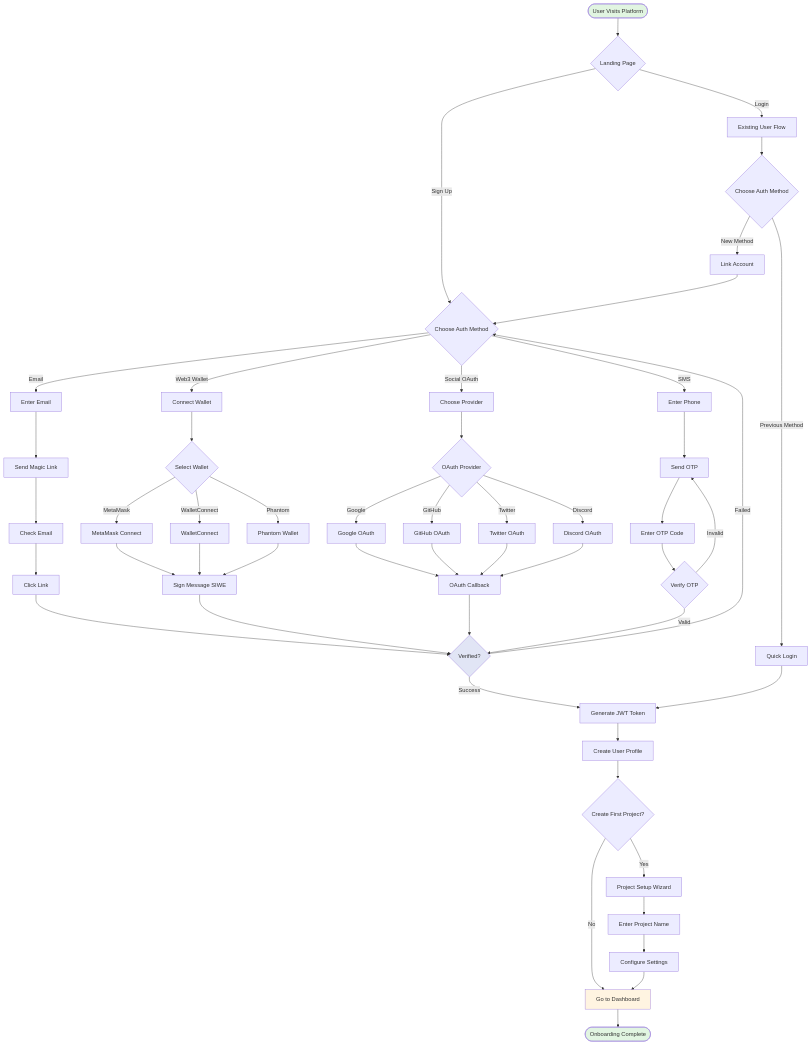
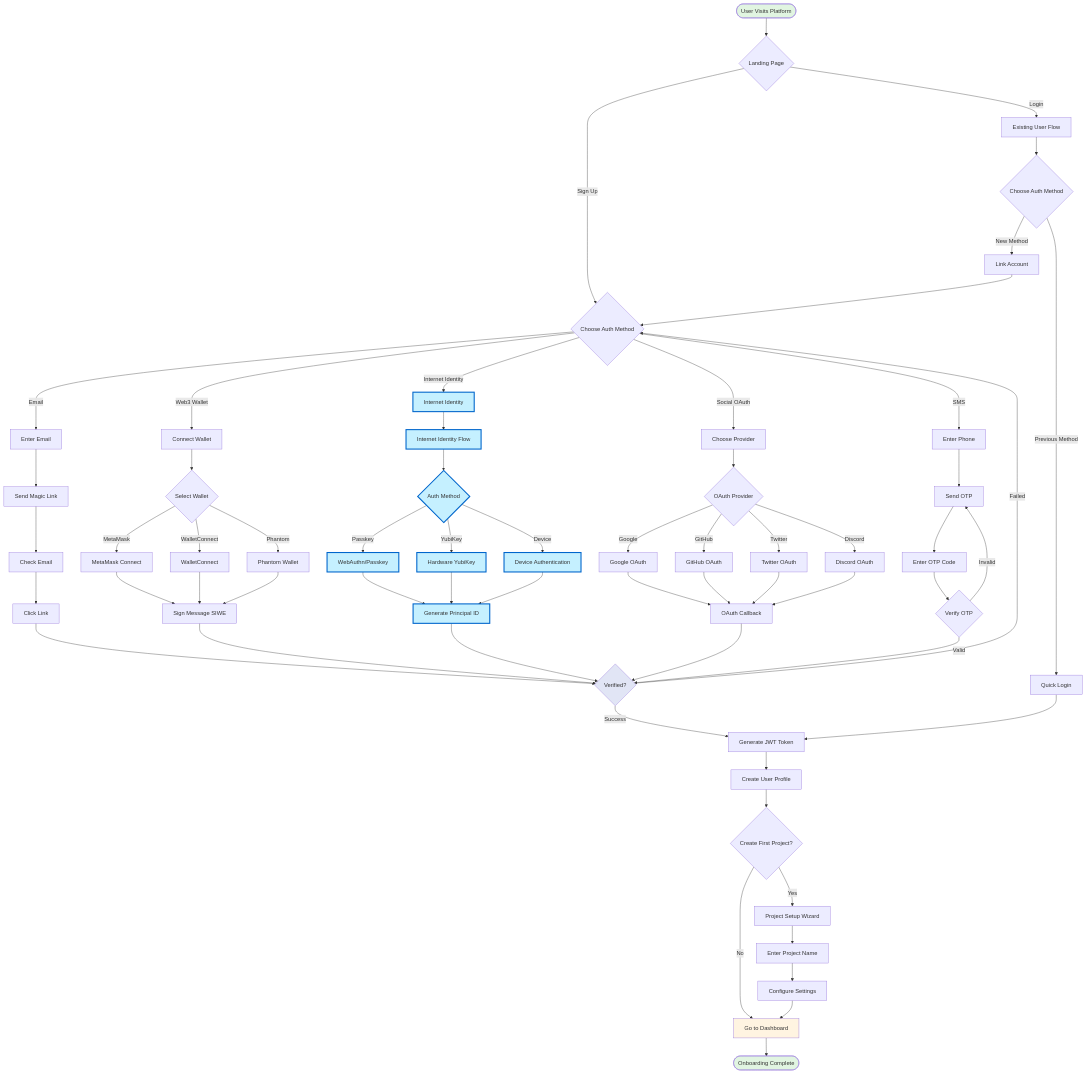
Before and after one commit to alternatefutures/.github: the tenth of 18 diagrams in TECHNICAL_ARCHITECTURE.md, drawn with Mermaid. The commit also changed other lines of this file, not shown here.

First line of the commit message:
feat: integrate Internet Computer (ICP) into architecture

````diff
--- a/TECHNICAL_ARCHITECTURE.md
+++ b/TECHNICAL_ARCHITECTURE.md
@@ -667,6 +798,7 @@
     
     ChooseAuth -->|Email| EmailAuth[Enter Email]
     ChooseAuth -->|Web3 Wallet| Web3Auth[Connect Wallet]
+    ChooseAuth -->|Internet Identity| IIAuth[Internet Identity]
     ChooseAuth -->|Social OAuth| SocialAuth[Choose Provider]
     ChooseAuth -->|SMS| SMSAuth[Enter Phone]
     
@@ -683,6 +815,16 @@
     WalletConnect --> SignMessage
     Phantom --> SignMessage
     SignMessage --> Verified
+    
+    IIAuth --> IIFlow[Internet Identity Flow]
+    IIFlow --> IIMethod{Auth Method}
+    IIMethod -->|Passkey| Passkey[WebAuthn/Passkey]
+    IIMethod -->|YubiKey| YubiKey[Hardware YubiKey]
+    IIMethod -->|Device| Device[Device Authentication]
+    Passkey --> IIPrincipal[Generate Principal ID]
+    YubiKey --> IIPrincipal
+    Device --> IIPrincipal
+    IIPrincipal --> Verified
     
     SocialAuth --> OAuthFlow{OAuth Provider}
     OAuthFlow -->|Google| Google[Google OAuth]
@@ -726,4 +868,11 @@
     style OnboardingComplete fill:#e1f5e1
     style Dashboard fill:#fff4e1
     style Verified fill:#e1e5f5
+    style IIAuth fill:#c5f0ff,stroke:#0066cc,stroke-width:3px
+    style IIFlow fill:#c5f0ff,stroke:#0066cc,stroke-width:3px
+    style IIMethod fill:#c5f0ff,stroke:#0066cc,stroke-width:3px
+    style Passkey fill:#c5f0ff,stroke:#0066cc,stroke-width:3px
+    style YubiKey fill:#c5f0ff,stroke:#0066cc,stroke-width:3px
+    style Device fill:#c5f0ff,stroke:#0066cc,stroke-width:3px
+    style IIPrincipal fill:#c5f0ff,stroke:#0066cc,stroke-width:3px
 ```
````
